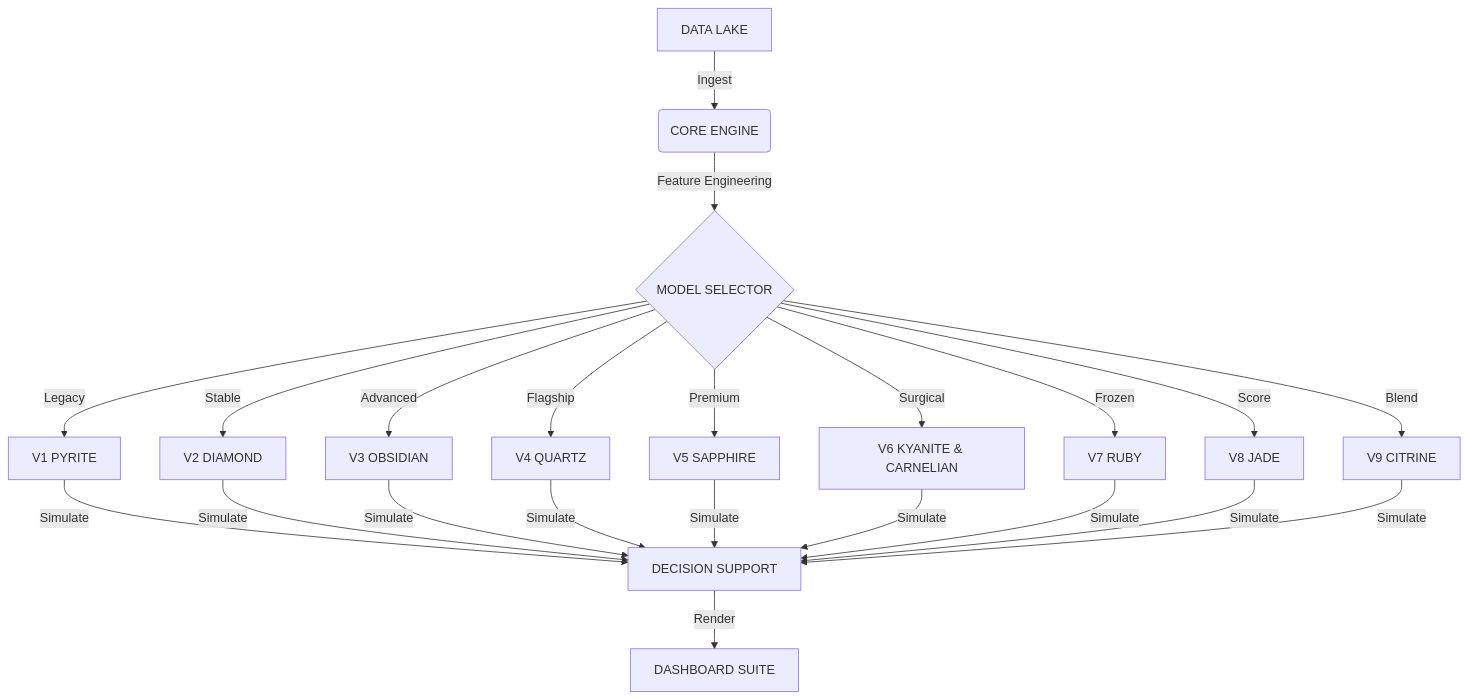
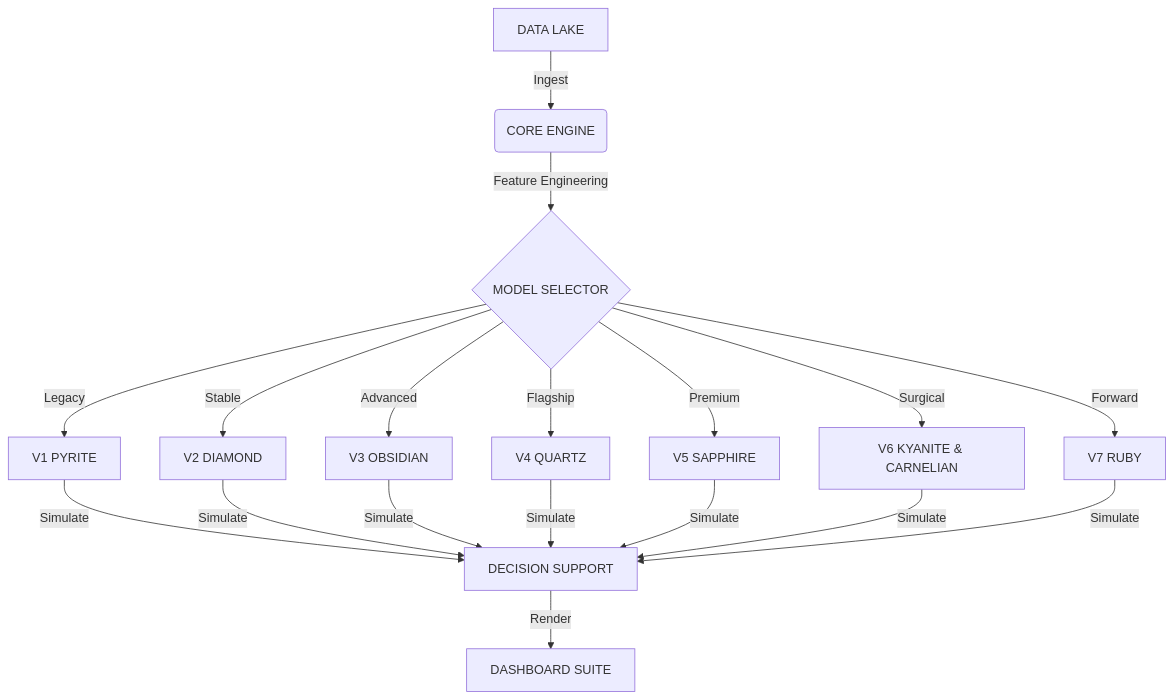
One commit to DSargent21/Quarry-Intelligence changed the diagram in README.md. Above: the diagram before and after it, drawn with Mermaid. The commit also changed other lines of this file and 19 other files, not shown here.

````diff
--- a/README.md
+++ b/README.md
@@ -173,16 +101,14 @@
 ```mermaid
 graph TD
     A[DATA LAKE] -->|Ingest| B(CORE ENGINE)
     B -->|Feature Engineering| C{MODEL SELECTOR}
     C -->|Legacy| D[V1 PYRITE]
     C -->|Stable| E[V2 DIAMOND]
     C -->|Advanced| F[V3 OBSIDIAN]
     C -->|Flagship| G[V4 QUARTZ]
     C -->|Premium| J[V5 SAPPHIRE]
     C -->|Surgical| K[V6 KYANITE & CARNELIAN]
-    C -->|Frozen| L[V7 RUBY]
-    C -->|Score| M[V8 JADE]
-    C -->|Blend| N[V9 CITRINE]
-    D & E & F & G & J & K & L & M & N -->|Simulate| H[DECISION SUPPORT]
+    C -->|Forward| L[V7 RUBY]
+    D & E & F & G & J & K & L -->|Simulate| H[DECISION SUPPORT]
     H -->|Render| I[DASHBOARD SUITE]
 ```
````
